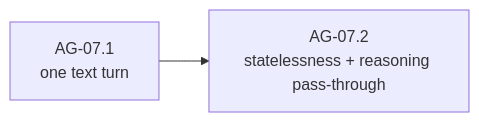
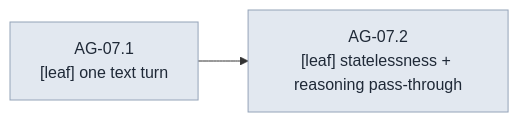
The ninth of 28 diagrams in docs/architecture/milestones/0003-cachicamas-agent-layer-2-task-graph.md (witsaba/cachicamas), drawn with Mermaid before and after one commit. The commit also changed other lines of this file and 3 other files, not shown here.

````diff
--- a/docs/architecture/milestones/0003-cachicamas-agent-layer-2-task-graph.md
+++ b/docs/architecture/milestones/0003-cachicamas-agent-layer-2-task-graph.md
@@ -404,4 +771,6 @@
 ```mermaid
 flowchart LR
-    E1["AG-07.1<br/>one text turn"] --> E2["AG-07.2<br/>statelessness + reasoning pass-through"]
+    E1["AG-07.1<br/>[leaf] one text turn"] --> E2["AG-07.2<br/>[leaf] statelessness + reasoning pass-through"]
+    classDef leaf fill:#e2e8f0,stroke:#94a3b8,color:#1f2937
+    class E1,E2 leaf
 ```
````
